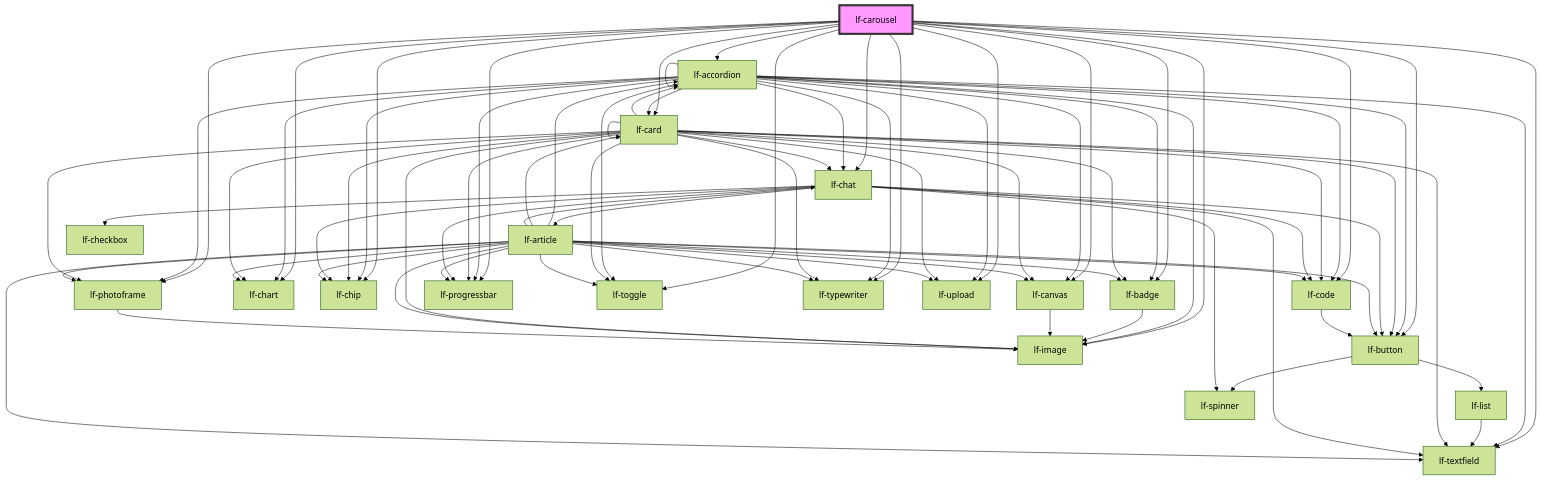
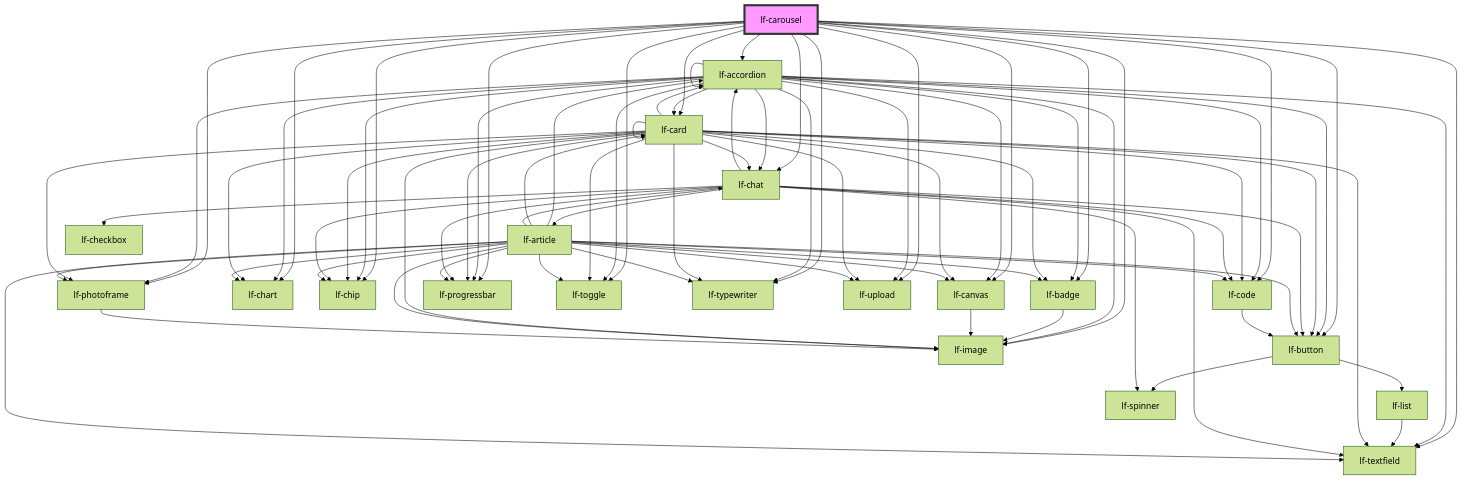
The diagram in packages/core/src/components/lf-carousel/readme.md (lucafoscili/lf-widgets), drawn with Mermaid (forest theme) before and after one commit. The commit also changed 22 other files, not shown here.

```diff
--- a/packages/core/src/components/lf-carousel/readme.md
+++ b/packages/core/src/components/lf-carousel/readme.md
@@ -211,6 +211,7 @@
   lf-card --> lf-upload
   lf-chat --> lf-spinner
   lf-chat --> lf-article
+  lf-chat --> lf-accordion
   lf-chat --> lf-button
   lf-chat --> lf-chip
   lf-chat --> lf-textfield
```
